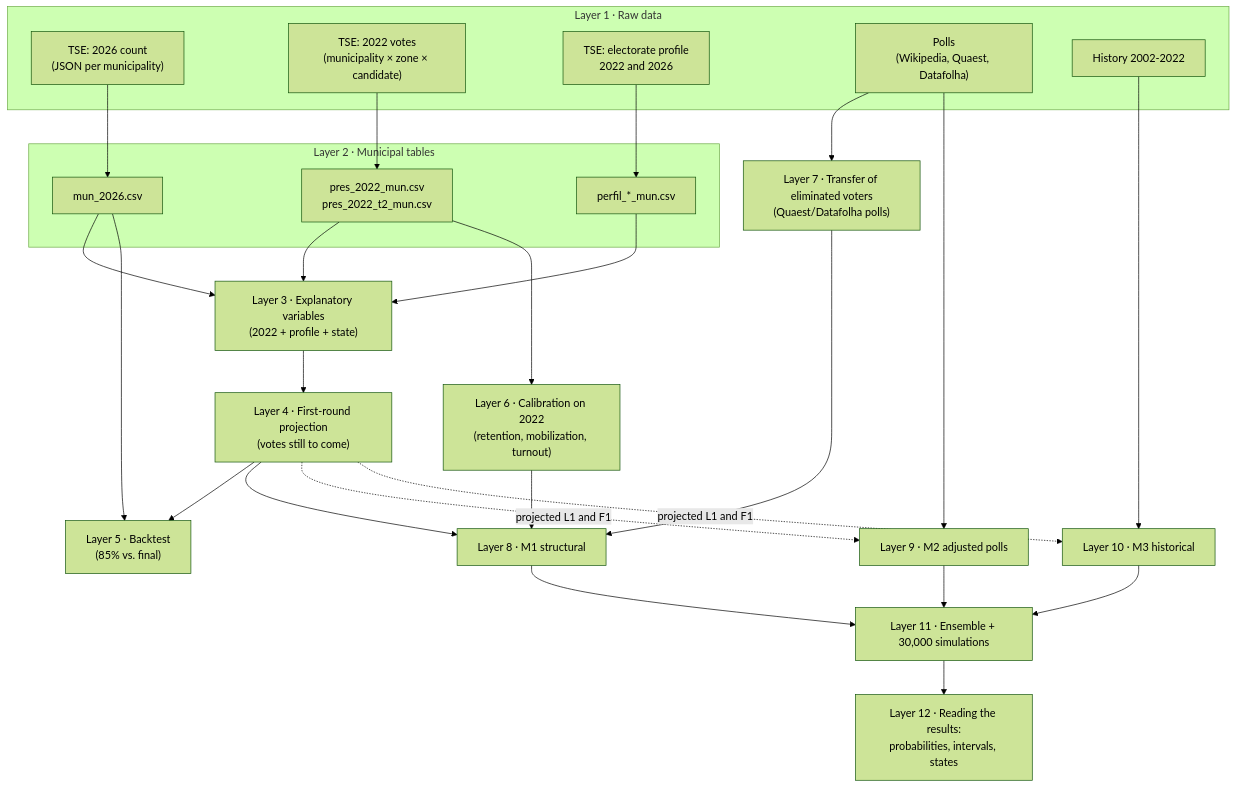
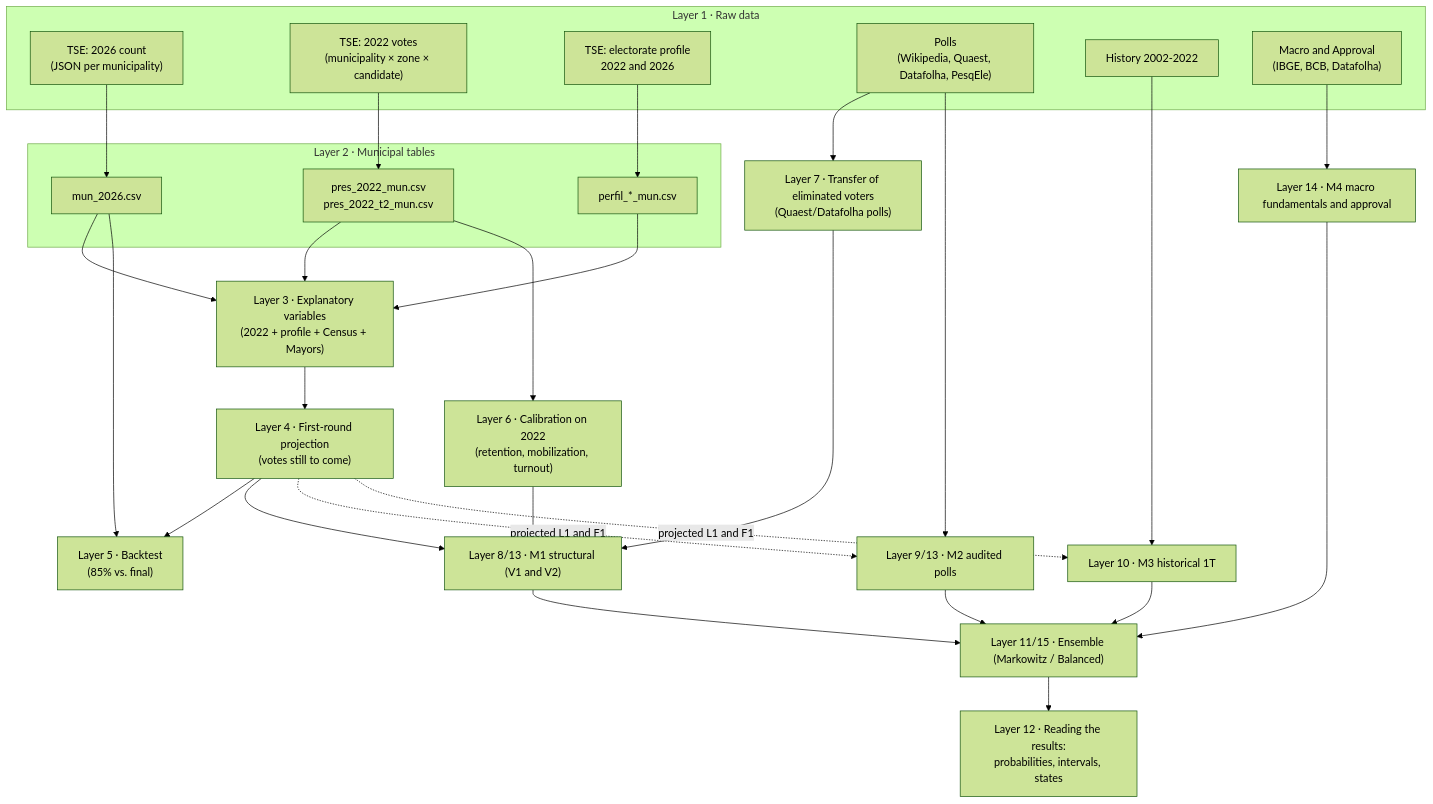
One commit to berndof/eleicao-2026 changed the diagram in docs/layers.en.md. Above: the diagram before and after it, drawn with Mermaid (forest theme). The commit also changed other lines of this file and 21 other files, not shown here.

````diff
--- a/docs/layers.en.md
+++ b/docs/layers.en.md
@@ -12,39 +12,42 @@
 ```mermaid
 flowchart TD
     subgraph L1["Layer 1 · Raw data"]
         R1["TSE: 2026 count<br/>(JSON per municipality)"]
         R2["TSE: 2022 votes<br/>(municipality × zone × candidate)"]
         R3["TSE: electorate profile<br/>2022 and 2026"]
-        R4["Polls<br/>(Wikipedia, Quaest, Datafolha)"]
+        R4["Polls<br/>(Wikipedia, Quaest, Datafolha, PesqEle)"]
         R5["History 2002-2022"]
+        R6["Macro and Approval<br/>(IBGE, BCB, Datafolha)"]
     end
     subgraph L2["Layer 2 · Municipal tables"]
         T1["mun_2026.csv"]
         T2["pres_2022_mun.csv<br/>pres_2022_t2_mun.csv"]
         T3["perfil_*_mun.csv"]
     end
-    F["Layer 3 · Explanatory variables<br/>(2022 + profile + state)"]
+    F["Layer 3 · Explanatory variables<br/>(2022 + profile + Census + Mayors)"]
     P1["Layer 4 · First-round projection<br/>(votes still to come)"]
     BT["Layer 5 · Backtest<br/>(85% vs. final)"]
     CAL["Layer 6 · Calibration on 2022<br/>(retention, mobilization, turnout)"]
     TR["Layer 7 · Transfer of eliminated voters<br/>(Quaest/Datafolha polls)"]
-    M1["Layer 8 · M1 structural"]
-    M2["Layer 9 · M2 adjusted polls"]
-    M3["Layer 10 · M3 historical"]
-    ENS["Layer 11 · Ensemble + 30,000 simulations"]
+    M1["Layer 8/13 · M1 structural (V1 and V2)"]
+    M2["Layer 9/13 · M2 audited polls"]
+    M3["Layer 10 · M3 historical 1T"]
+    M4["Layer 14 · M4 macro fundamentals and approval"]
+    ENS["Layer 11/15 · Ensemble (Markowitz / Balanced)"]
     OUT["Layer 12 · Reading the results:<br/>probabilities, intervals, states"]
     R1 --> T1
     R2 --> T2
     R3 --> T3
     T1 & T2 & T3 --> F --> P1
     T1 --> BT
     P1 --> BT
     P1 --> M1
     T2 --> CAL --> M1
     R4 --> TR --> M1
     R4 --> M2
     P1 -. "projected L1 and F1" .-> M2
     R5 --> M3
     P1 -. "projected L1 and F1" .-> M3
-    M1 & M2 & M3 --> ENS --> OUT
+    R6 --> M4
+    M1 & M2 & M3 & M4 --> ENS --> OUT
 ```
````
